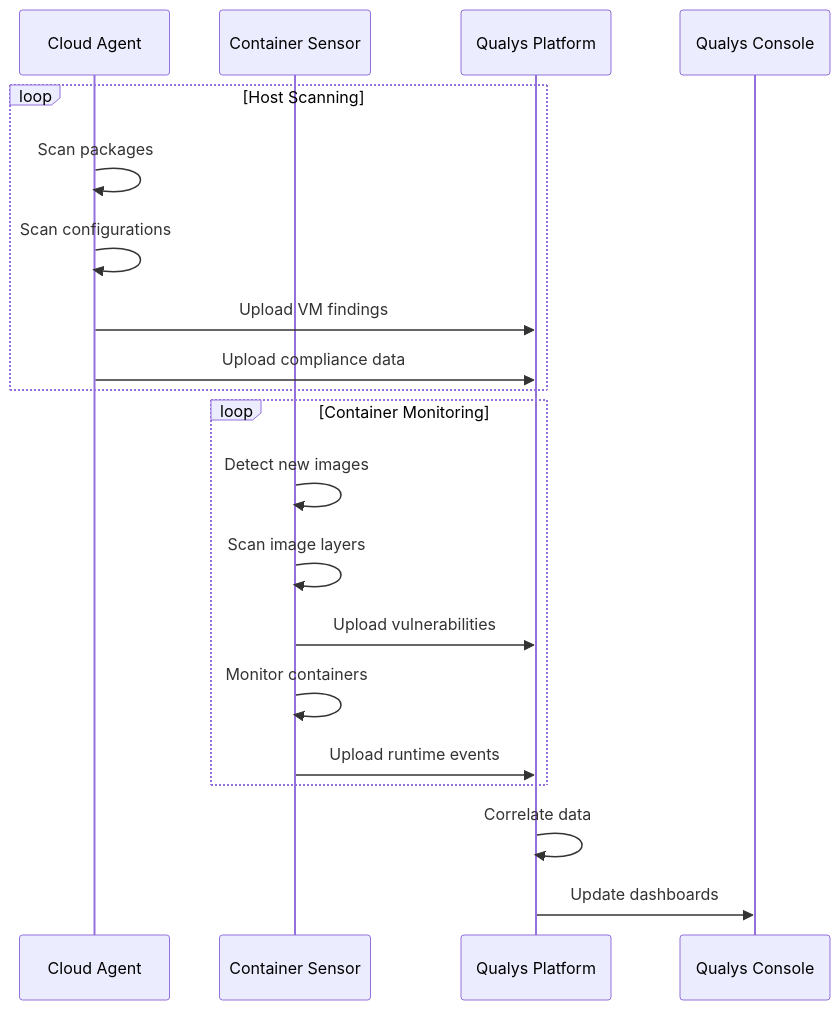
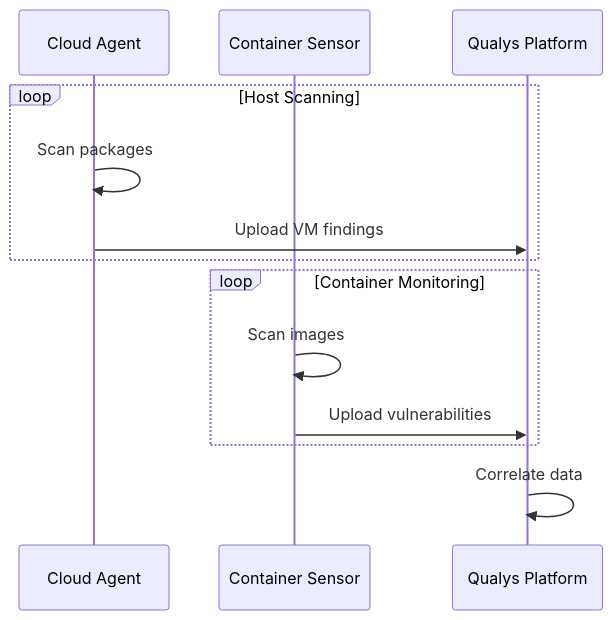
One commit to nelssec/qualys-nanny changed the tenth of 11 diagrams in docs/blog.md. Above: the diagram before and after it, drawn with Mermaid. The commit also changed other lines of this file and 15 other files, not shown here.

````diff
--- a/docs/blog.md
+++ b/docs/blog.md
@@ -398,25 +353,18 @@
 ```mermaid
 sequenceDiagram
     participant CA as Cloud Agent
     participant CS as Container Sensor
     participant QP as Qualys Platform
-    participant UI as Qualys Console
 
     loop Host Scanning
         CA->>CA: Scan packages
-        CA->>CA: Scan configurations
         CA->>QP: Upload VM findings
-        CA->>QP: Upload compliance data
     end
 
     loop Container Monitoring
-        CS->>CS: Detect new images
-        CS->>CS: Scan image layers
+        CS->>CS: Scan images
         CS->>QP: Upload vulnerabilities
-        CS->>CS: Monitor containers
-        CS->>QP: Upload runtime events
     end
 
     QP->>QP: Correlate data
-    QP->>UI: Update dashboards
 ```
````
